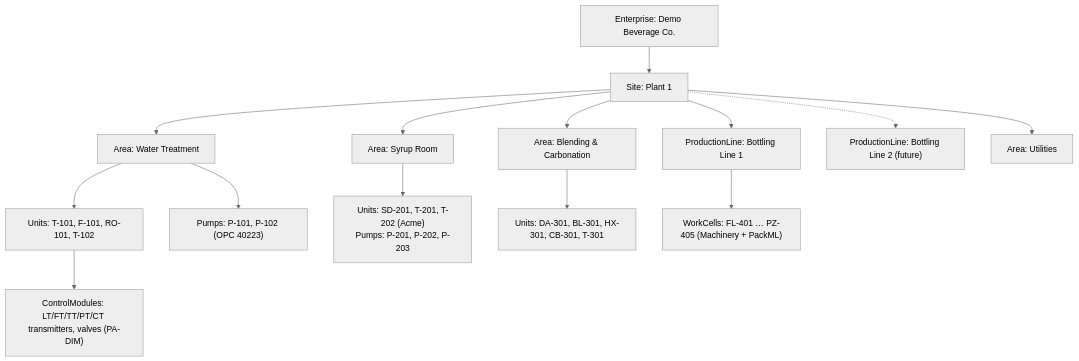
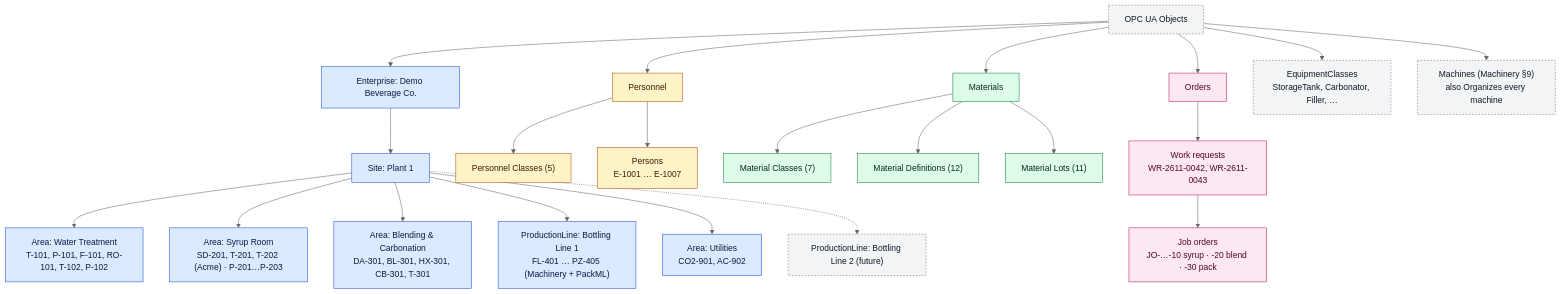
Before and after one commit to cesmii/i3x-on-UA: the diagram in docs/factory/plant-equipment-hierarchy.mmd, drawn with Mermaid (neutral theme). The commit also changed 4 other files, not shown here.

First line of the commit message:
Diagrams: address-space trees and people/materials/orders relationships; overview in README

```diff
--- a/docs/factory/plant-equipment-hierarchy.mmd
+++ b/docs/factory/plant-equipment-hierarchy.mmd
@@ -1,15 +1,30 @@
 flowchart TD
-  ENT["Enterprise: Demo Beverage Co."] --> SITE["Site: Plant 1"]
-  SITE --> A100["Area: Water Treatment"]
-  SITE --> A200["Area: Syrup Room"]
-  SITE --> A300["Area: Blending & Carbonation"]
-  SITE --> A400["ProductionLine: Bottling Line 1"]
-  SITE -.-> A500["ProductionLine: Bottling Line 2 (future)"]
-  SITE --> A900["Area: Utilities"]
+  classDef eq fill:#dbeafe,stroke:#1d4ed8,color:#0b1b3f
+  classDef people fill:#fef3c7,stroke:#b45309,color:#3b1d02
+  classDef mat fill:#dcfce7,stroke:#15803d,color:#052e16
+  classDef order fill:#fce7f3,stroke:#be185d,color:#500724
+  classDef folder fill:#f3f4f6,stroke:#6b7280,color:#111827,stroke-dasharray:3 3
 
-  A100 --> U1["Units: T-101, F-101, RO-101, T-102"]
-  A100 --> P1["Pumps: P-101, P-102 (OPC 40223)"]
-  A200 --> U2["Units: SD-201, T-201, T-202 (Acme)<br/>Pumps: P-201, P-202, P-203"]
-  A300 --> U3["Units: DA-301, BL-301, HX-301, CB-301, T-301"]
-  A400 --> M4["WorkCells: FL-401 … PZ-405 (Machinery + PackML)"]
-  U1 --> I1["ControlModules: LT/FT/TT/PT/CT transmitters, valves (PA-DIM)"]
+  OBJ["OPC UA Objects"]:::folder
+  OBJ --> ENT["Enterprise: Demo Beverage Co."]:::eq
+  OBJ --> PERS["Personnel"]:::people
+  OBJ --> MAT["Materials"]:::mat
+  OBJ --> ORD["Orders"]:::order
+  OBJ --> EC["EquipmentClasses<br/>StorageTank, Carbonator, Filler, …"]:::folder
+  OBJ --> MACH["Machines (Machinery §9)<br/>also Organizes every machine"]:::folder
+
+  ENT --> SITE["Site: Plant 1"]:::eq
+  SITE --> A100["Area: Water Treatment<br/>T-101, P-101, F-101, RO-101, T-102, P-102"]:::eq
+  SITE --> A200["Area: Syrup Room<br/>SD-201, T-201, T-202 (Acme) · P-201…P-203"]:::eq
+  SITE --> A300["Area: Blending & Carbonation<br/>DA-301, BL-301, HX-301, CB-301, T-301"]:::eq
+  SITE --> A400["ProductionLine: Bottling Line 1<br/>FL-401 … PZ-405 (Machinery + PackML)"]:::eq
+  SITE --> A900["Area: Utilities<br/>CO2-901, AC-902"]:::eq
+  SITE -.-> A500["ProductionLine: Bottling Line 2 (future)"]:::folder
+
+  PERS --> PC["Personnel Classes (5)"]:::people
+  PERS --> PP["Persons<br/>E-1001 … E-1007"]:::people
+  MAT --> MC["Material Classes (7)"]:::mat
+  MAT --> MD["Material Definitions (12)"]:::mat
+  MAT --> ML["Material Lots (11)"]:::mat
+  ORD --> WR["Work requests<br/>WR-2611-0042, WR-2611-0043"]:::order
+  WR --> JO["Job orders<br/>JO-…-10 syrup · -20 blend · -30 pack"]:::order
```
